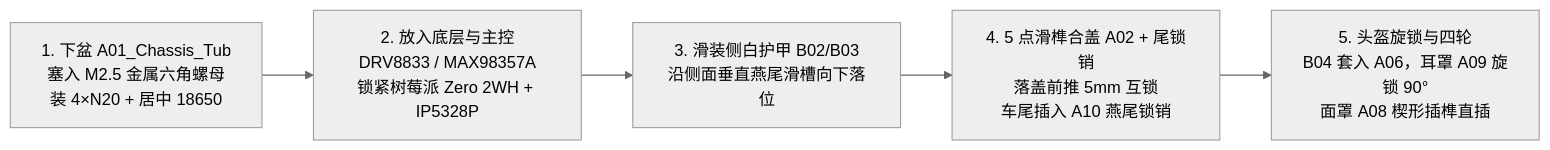
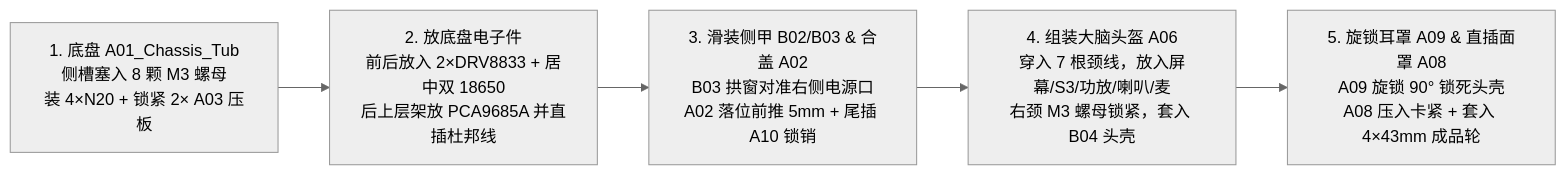
The diagram in docs/DESIGN_REPORT.md (wavachao/kron01-terra-rover), drawn with Mermaid (neutral theme) before and after one commit. The commit also changed other lines of this file and 129 other files, not shown here.

````diff
--- a/docs/DESIGN_REPORT.md
+++ b/docs/DESIGN_REPORT.md
@@ -38,7 +52,7 @@
 ```mermaid
 flowchart LR
-  S1["1. 下盆 A01_Chassis_Tub<br/>塞入 M2.5 金属六角螺母<br/>装 4×N20 + 居中 18650"] --> S2["2. 放入底层与主控<br/>DRV8833 / MAX98357A<br/>锁紧树莓派 Zero 2WH + IP5328P"]
-  S2 --> S3["3. 滑装侧白护甲 B02/B03<br/>沿侧面垂直燕尾滑槽向下落位"]
-  S3 --> S4["4. 5 点滑榫合盖 A02 + 尾锁销<br/>落盖前推 5mm 互锁<br/>车尾插入 A10 燕尾锁销"]
-  S4 --> S5["5. 头盔旋锁与四轮<br/>B04 套入 A06，耳罩 A09 旋锁 90°<br/>面罩 A08 楔形插榫直插"]
+  S1["1. 底盘 A01_Chassis_Tub<br/>侧槽塞入 8 颗 M3 螺母<br/>装 4×N20 + 锁紧 2× A03 压板"] --> S2["2. 放底盘电子件<br/>前后放入 2×DRV8833 + 居中双 18650<br/>后上层架放 PCA9685A 并直插杜邦线"]
+  S2 --> S3["3. 滑装侧甲 B02/B03 & 合盖 A02<br/>B03 拱窗对准右侧电源口<br/>A02 落位前推 5mm + 尾插 A10 锁销"]
+  S3 --> S4["4. 组装大脑头盔 A06<br/>穿入 7 根颈线，放入屏幕/S3/功放/喇叭/麦<br/>右颈 M3 螺母锁紧，套入 B04 头壳"]
+  S4 --> S5["5. 旋锁耳罩 A09 & 直插面罩 A08<br/>A09 旋锁 90° 锁死头壳<br/>A08 压入卡紧 + 套入 4×43mm 成品轮"]
 ```
````
